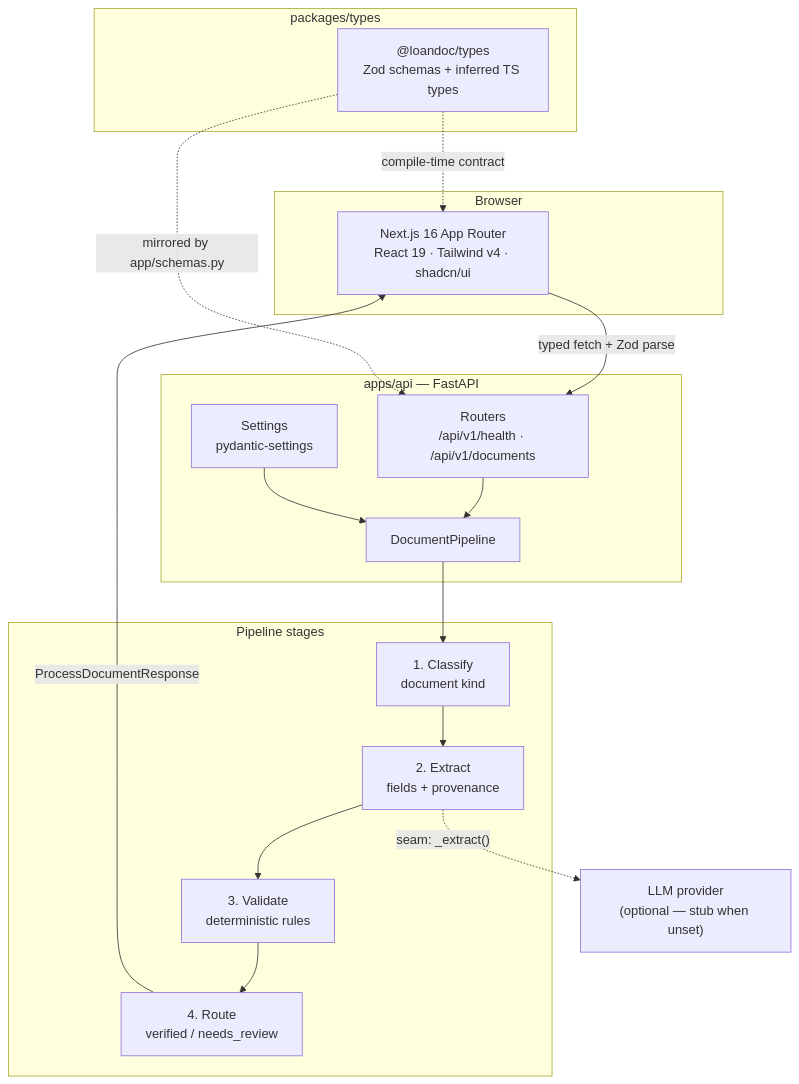
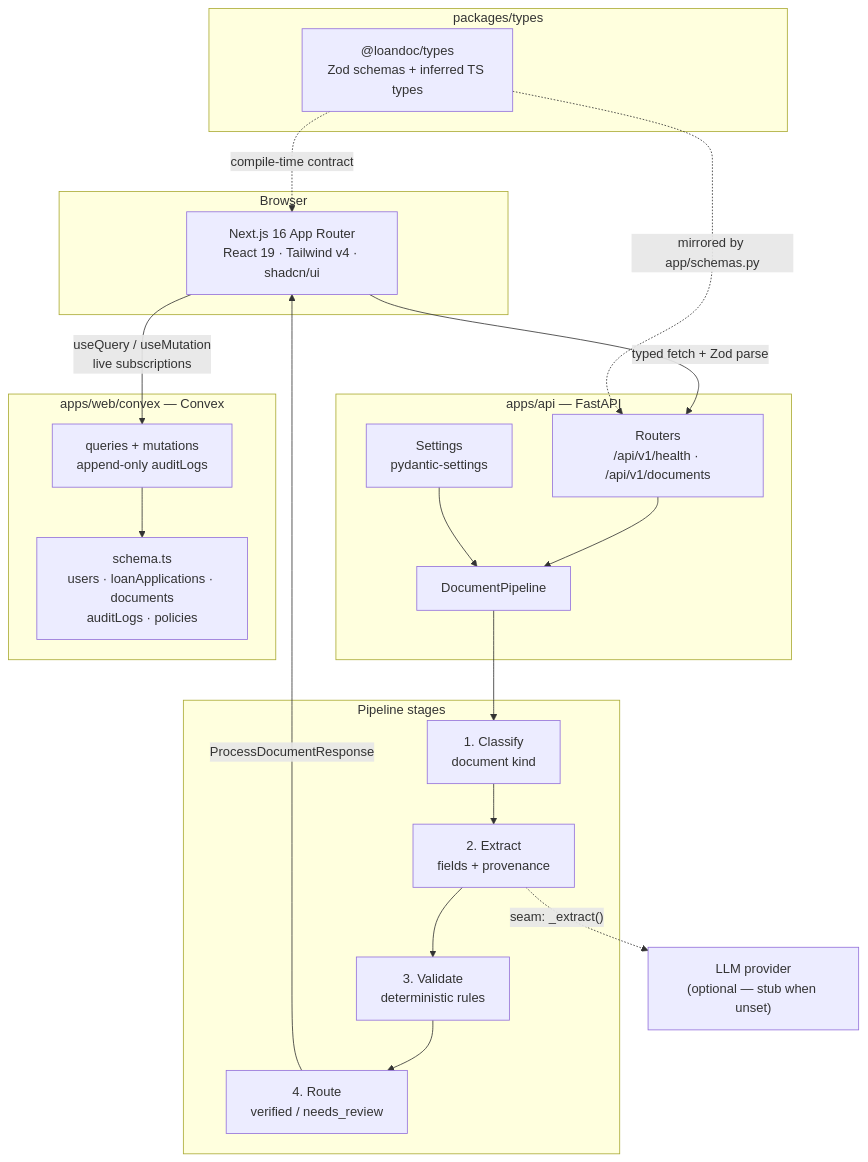
The first of 2 diagrams in README.md (TIMOTHY-glitch-hash/loanDoc-ai), drawn with Mermaid before and after one commit. The commit also changed other lines of this file and 23 other files, not shown here.

Commit message:
Add Convex real-time backend: schema, functions, seed and typed hooks

````diff
--- a/README.md
+++ b/README.md
@@ -16,34 +16,41 @@
 ```mermaid
 flowchart TB
     subgraph client["Browser"]
         UI["Next.js 16 App Router<br/>React 19 · Tailwind v4 · shadcn/ui"]
     end
 
     subgraph shared["packages/types"]
         T["@loandoc/types<br/>Zod schemas + inferred TS types"]
     end
 
     subgraph api["apps/api — FastAPI"]
         R["Routers<br/>/api/v1/health · /api/v1/documents"]
         P["DocumentPipeline"]
         C["Settings<br/>pydantic-settings"]
     end
 
     subgraph pipeline["Pipeline stages"]
         S1["1. Classify<br/>document kind"]
         S2["2. Extract<br/>fields + provenance"]
         S3["3. Validate<br/>deterministic rules"]
         S4["4. Route<br/>verified / needs_review"]
     end
 
+    subgraph convex["apps/web/convex — Convex"]
+        CS["schema.ts<br/>users · loanApplications · documents<br/>auditLogs · policies"]
+        CF["queries + mutations<br/>append-only auditLogs"]
+    end
+
     LLM["LLM provider<br/>(optional — stub when unset)"]
 
+    UI -->|"useQuery / useMutation<br/>live subscriptions"| CF
+    CF --> CS
     UI -->|"typed fetch + Zod parse"| R
     T -.->|"compile-time contract"| UI
     T -.->|"mirrored by app/schemas.py"| R
     R --> P
     C --> P
     P --> S1 --> S2 --> S3 --> S4
     S2 -.->|"seam: _extract()"| LLM
     S4 -->|"ProcessDocumentResponse"| UI
 ```
````
